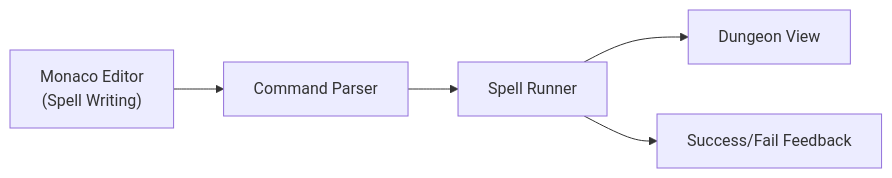
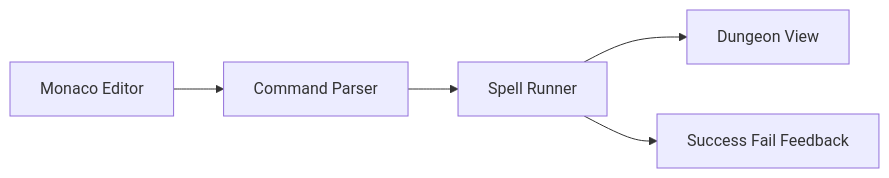
The diagram in README.md (susumutomita/wizarding-code-school), drawn with Mermaid before and after one commit. The commit also changed other lines of this file and 6 other files, not shown here.

````diff
--- a/README.md
+++ b/README.md
@@ -98,7 +98,7 @@
 ```mermaid
 flowchart LR
-    Editor["Monaco Editor\n(Spell Writing)"] --> Parser["Command Parser"]
+    Editor["Monaco Editor"] --> Parser["Command Parser"]
     Parser --> Runner["Spell Runner"]
     Runner --> DungeonView["Dungeon View"]
-    Runner --> Feedback["Success/Fail Feedback"]
+    Runner --> Feedback["Success Fail Feedback"]
 ```
````
